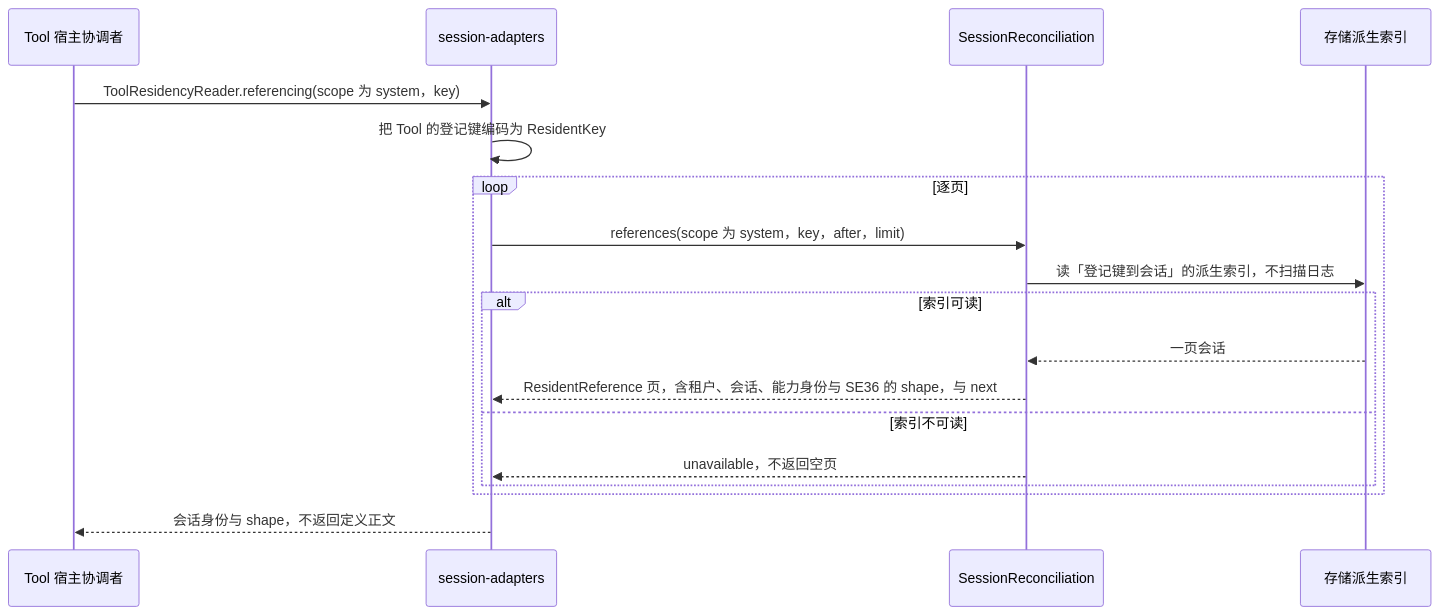
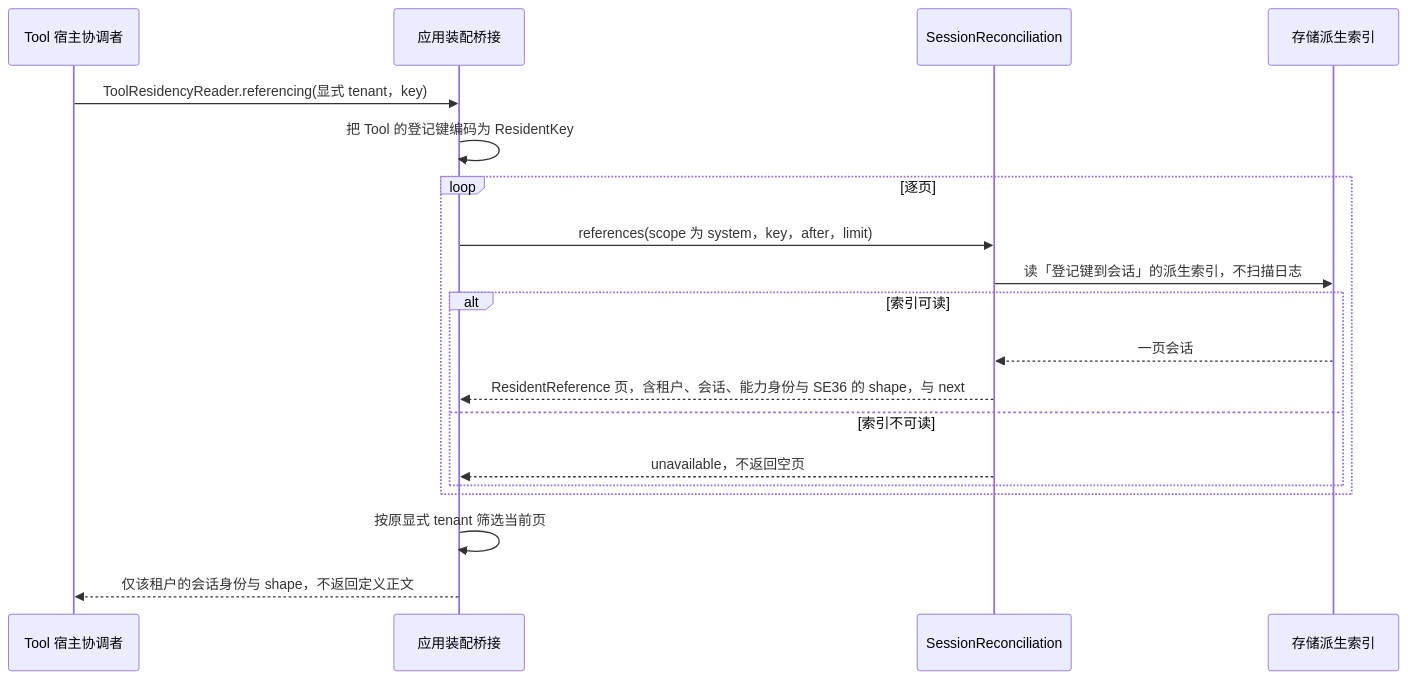
Before and after one commit to nemori-ai/omne-harness-lite: diagram 14 of 15 in packages/session/session-contract/docs/flows/scenarios.md, drawn with Mermaid. The commit also changed other lines of this file and 44 other files, not shown here.

````diff
--- a/packages/session/session-contract/docs/flows/scenarios.md
+++ b/packages/session/session-contract/docs/flows/scenarios.md
@@ -785,20 +736,21 @@
 ```mermaid
 sequenceDiagram
     participant T as Tool 宿主协调者
-    participant X as session-adapters
+    participant X as 应用装配桥接
     participant S as SessionReconciliation
     participant D as 存储派生索引
-    T->>X: ToolResidencyReader.referencing(scope 为 system，key)
+    T->>X: ToolResidencyReader.referencing(显式 tenant，key)
     X->>X: 把 Tool 的登记键编码为 ResidentKey
     loop 逐页
         X->>S: references(scope 为 system，key，after，limit)
         S->>D: 读「登记键到会话」的派生索引，不扫描日志
         alt 索引可读
             D-->>S: 一页会话
             S-->>X: ResidentReference 页，含租户、会话、能力身份与 SE36 的 shape，与 next
         else 索引不可读
             S-->>X: unavailable，不返回空页
         end
     end
-    X-->>T: 会话身份与 shape，不返回定义正文
+    X->>X: 按原显式 tenant 筛选当前页
+    X-->>T: 仅该租户的会话身份与 shape，不返回定义正文
 ```
````
